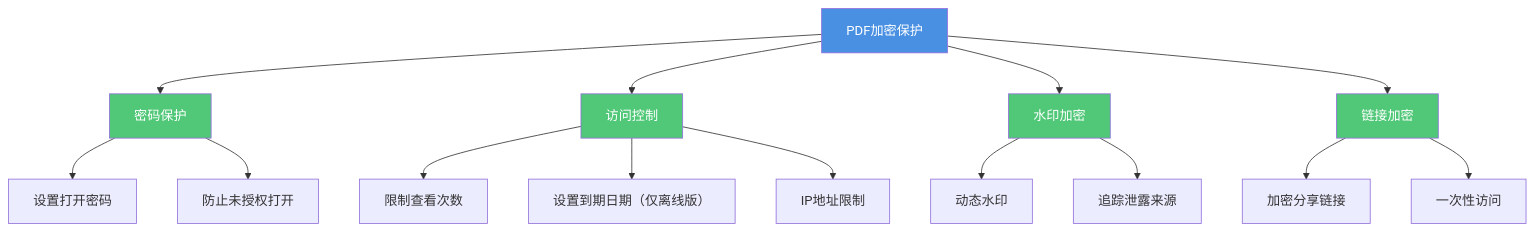
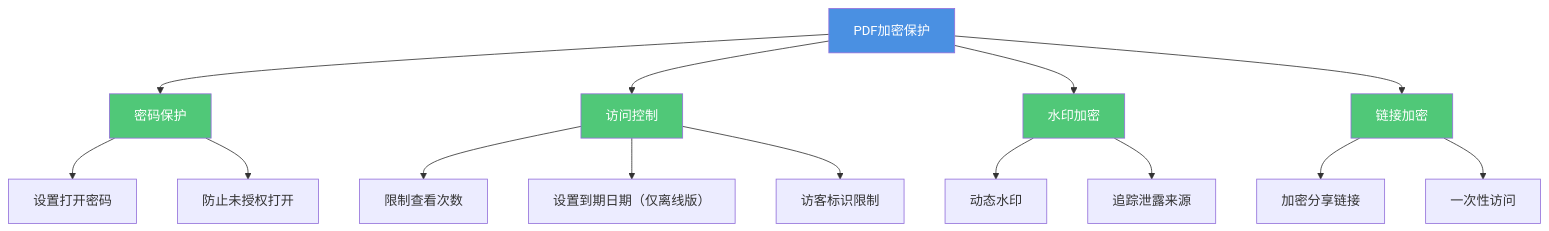
The first of 5 diagrams in src/content/blog/cn/pdf-encryption-prevent-forwarding-complete-guide.md (mythenigma/cloudflareAstro), drawn with Mermaid before and after one commit. The commit also changed other lines of this file and 353 other files, not shown here.

````diff
--- a/src/content/blog/cn/pdf-encryption-prevent-forwarding-complete-guide.md
+++ b/src/content/blog/cn/pdf-encryption-prevent-forwarding-complete-guide.md
@@ -45,26 +45,26 @@
 ```mermaid
 flowchart TD
     A[PDF加密保护] --> B[密码保护]
     A --> C[访问控制]
     A --> D[水印加密]
     A --> E[链接加密]
     
     B --> B1[设置打开密码]
     B --> B2[防止未授权打开]
     
     C --> C1[限制查看次数]
     C --> C2[设置到期日期（仅离线版）]
-    C --> C3[IP地址限制]
+    C --> C3[访客标识限制]
     
     D --> D1[动态水印]
     D --> D2[追踪泄露来源]
     
     E --> E1[加密分享链接]
     E --> E2[一次性访问]
     
     style A fill:#4A90E2,color:#fff
     style B fill:#50C878,color:#fff
     style C fill:#50C878,color:#fff
     style D fill:#50C878,color:#fff
     style E fill:#50C878,color:#fff
 ```
````
